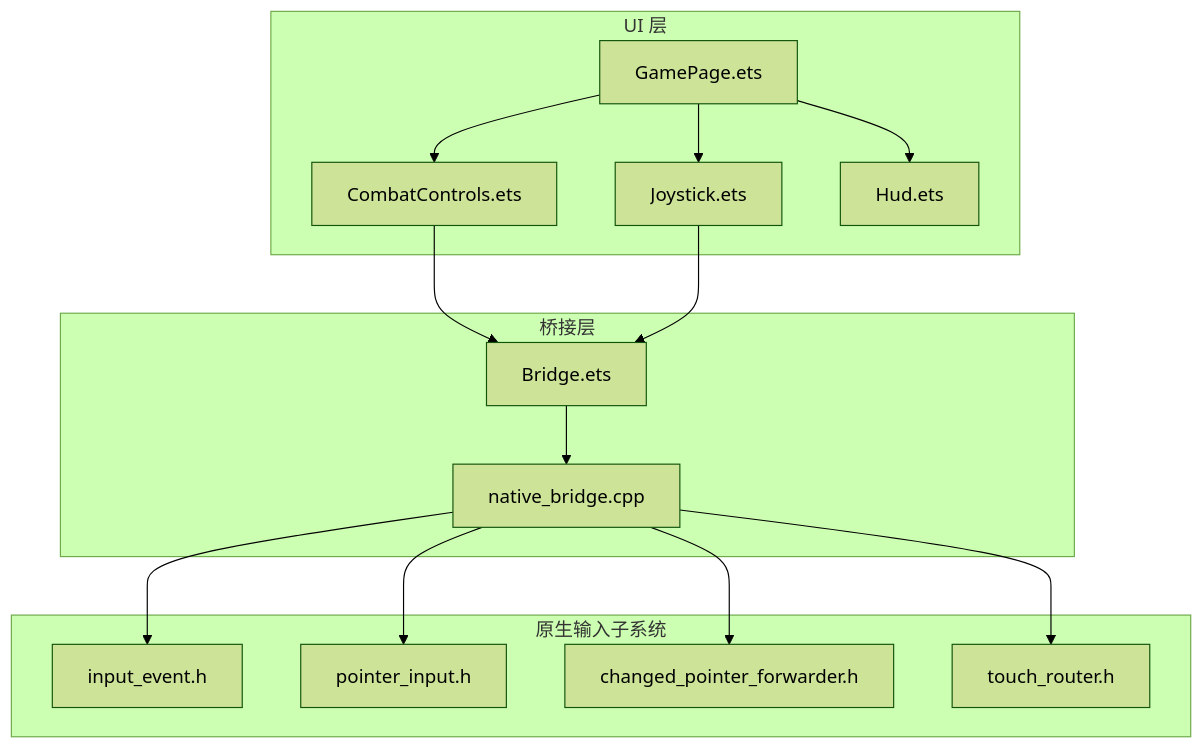
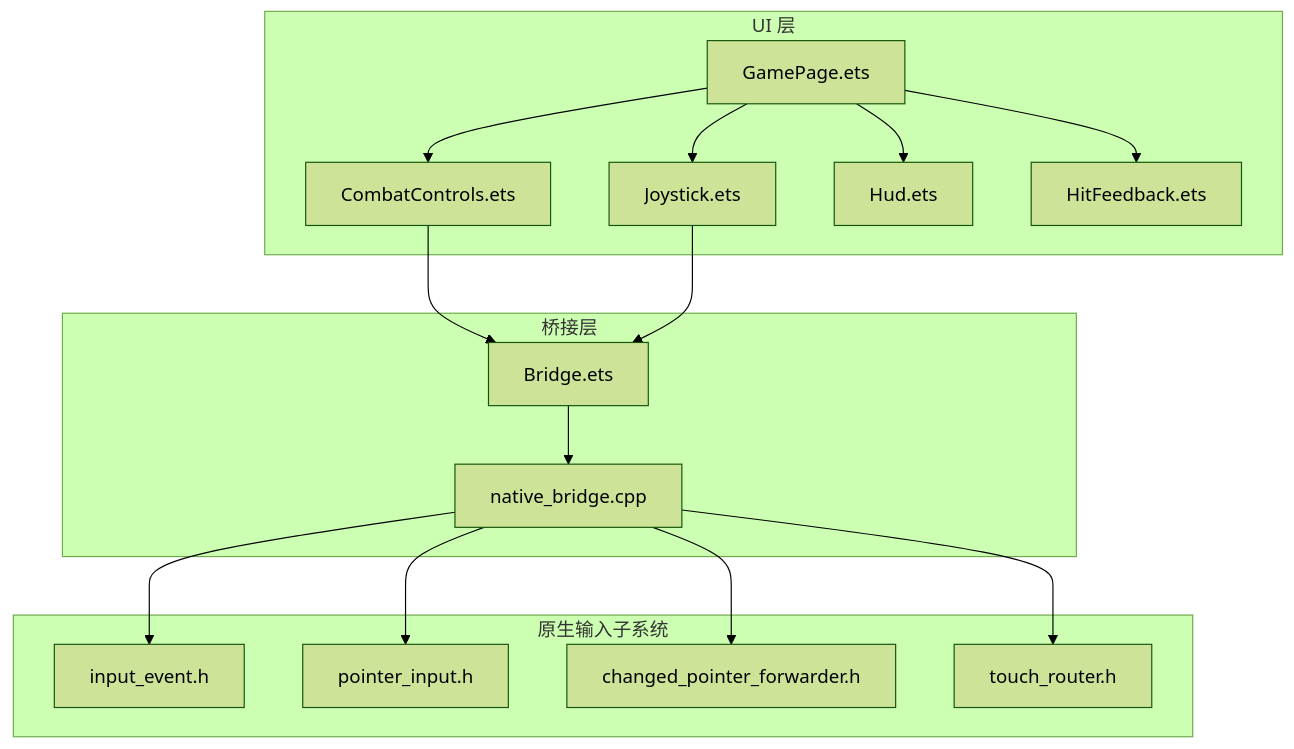
One commit to sj123sheng/my-world changed the first of 8 diagrams in .qoder/repowiki/zh/content/前端界面系统/UI 组件系统/CombatControls 战斗控制组件.md. Above: the diagram before and after it, drawn with Mermaid (forest theme). The commit also changed other lines of this file and 160 other files, not shown here.

````diff
--- a/.qoder/repowiki/zh/content/前端界面系统/UI 组件系统/CombatControls 战斗控制组件.md
+++ b/.qoder/repowiki/zh/content/前端界面系统/UI 组件系统/CombatControls 战斗控制组件.md
@@ -56,29 +59,31 @@
 ```mermaid
 graph TB
 subgraph "UI 层"
 GC["CombatControls.ets"]
 GJ["Joystick.ets"]
 GH["Hud.ets"]
+HF["HitFeedback.ets"]
 GP["GamePage.ets"]
 end
 subgraph "桥接层"
 B["Bridge.ets"]
 NB["native_bridge.cpp"]
 end
 subgraph "原生输入子系统"
 IE["input_event.h"]
 PI["pointer_input.h"]
 CPF["changed_pointer_forwarder.h"]
 TR["touch_router.h"]
 end
 GP --> GC
 GP --> GJ
 GP --> GH
+GP --> HF
 GC --> B
 GJ --> B
 B --> NB
 NB --> IE
 NB --> PI
 NB --> CPF
 NB --> TR
 ```
````
